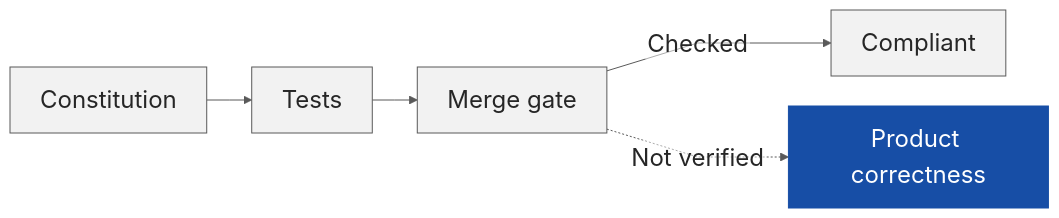
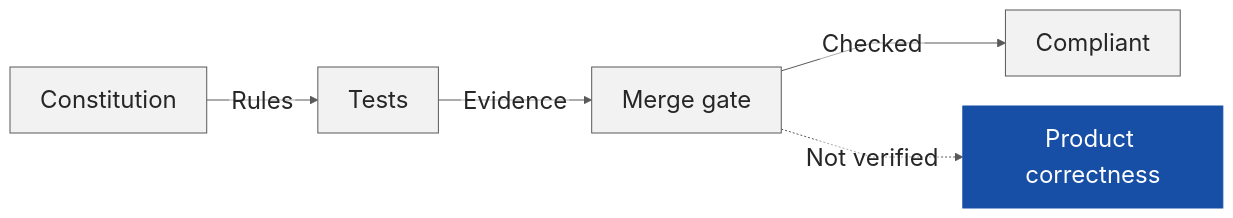
One commit to DonalMoloney/super-spec-new changed the diagram in presentation/marp-deck/correctness-gap.mmd. Above: the diagram before and after it, drawn with Mermaid. The commit also changed 13 other files, not shown here.

```diff
--- a/presentation/marp-deck/correctness-gap.mmd
+++ b/presentation/marp-deck/correctness-gap.mmd
@@ -1,7 +1,8 @@
 %%{init: {"theme": "base", "themeVariables": {"fontFamily": "Arial", "fontSize": "24px", "primaryColor": "#f2f2f2", "primaryTextColor": "#262626", "primaryBorderColor": "#595959", "lineColor": "#595959", "edgeLabelBackground": "#ffffff"}, "flowchart": {"htmlLabels": false, "curve": "linear", "nodeSpacing": 30, "rankSpacing": 45}, "themeCSS": ".edgeLabel .background { fill: #ffffff !important; fill-opacity: 1 !important; opacity: 1 !important; }"}}%%
 flowchart LR
-  Ct[Constitution] --> Ts[Tests] --> Gt[Merge gate]
+  Ct[Constitution] -->|Rules| Ts[Tests]
+  Ts -->|Evidence| Gt[Merge gate]
   Gt -->|Checked| Ok[Compliant]
   Gt -.->|Not verified| Pc[Product correctness]
   class Pc focus
   classDef focus fill:#174ea6,color:#ffffff,stroke:#174ea6
```
